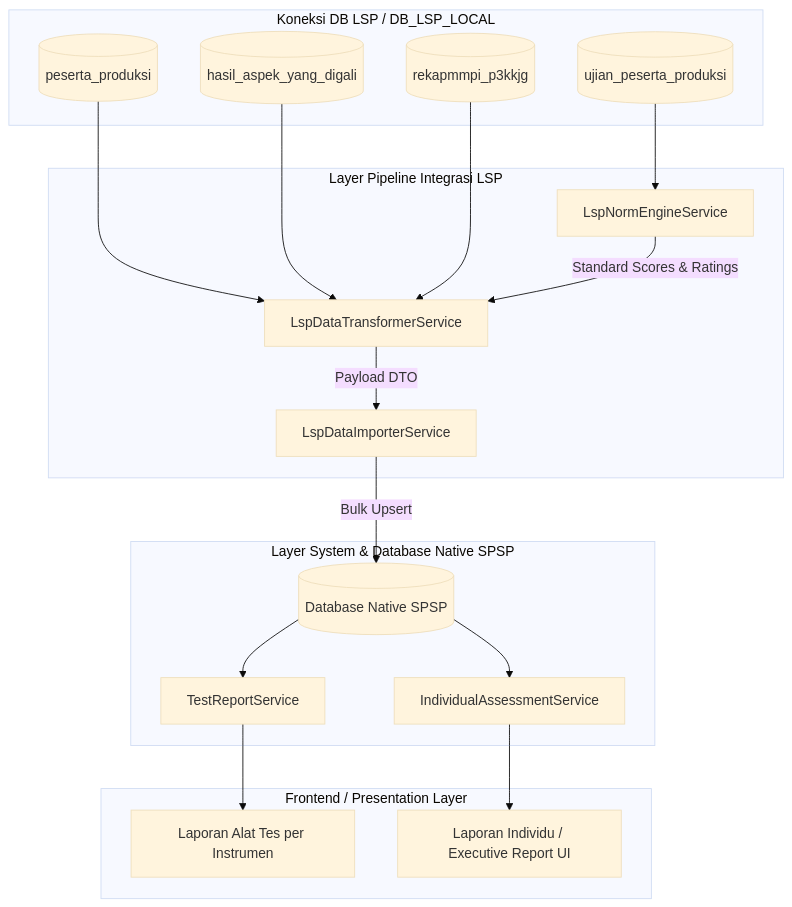
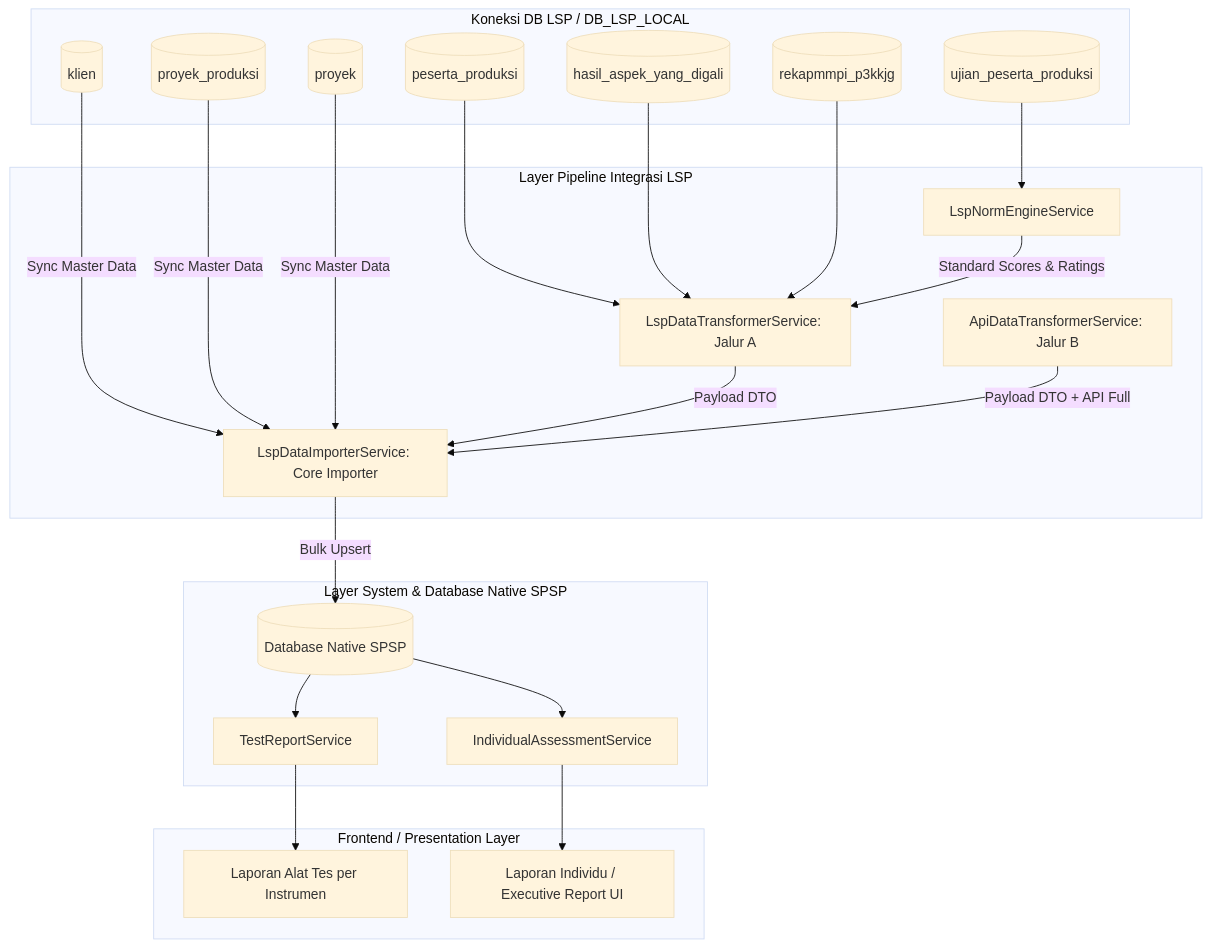
Before and after one commit to RnDQuantum/spsp_new: the diagram in docs/lsp_integration/SERVICES_ARCHITECTURE.md, drawn with Mermaid (base theme). The commit also changed other lines of this file and 2 other files, not shown here.

Commit message:
docs(lsp_integration): document Project model and master data syncing architecture
Update database structure documentation to include projects entity
and its relationships with institutions and assessment_events. Update
architecture diagrams to reflect master data synchronization from
LSP database tables (klien, proyek_produksi, proyek) and the
dual-path ingestion design with clear master data policy.

````diff
--- a/docs/lsp_integration/SERVICES_ARCHITECTURE.md
+++ b/docs/lsp_integration/SERVICES_ARCHITECTURE.md
@@ -19,37 +19,43 @@
 ```mermaid
 flowchart TD
     subgraph LSP_SOURCE [Koneksi DB LSP / DB_LSP_LOCAL]
-        DB1[(peserta_produksi)]
-        DB2[(ujian_peserta_produksi)]
-        DB3[(hasil_aspek_yang_digali)]
-        DB4[(rekapmmpi_p3kkjg)]
+        DB0[(klien)]
+        DB1[(proyek_produksi)]
+        DB2[(proyek)]
+        DB3[(peserta_produksi)]
+        DB4[(ujian_peserta_produksi)]
+        DB5[(hasil_aspek_yang_digali)]
+        DB6[(rekapmmpi_p3kkjg)]
     end
 
     subgraph LSP_SERVICES [Layer Pipeline Integrasi LSP]
         S1[LspNormEngineService]
-        S2[LspDataTransformerService]
-        S3[LspDataImporterService]
+        S2[LspDataTransformerService: Jalur A]
+        S3[ApiDataTransformerService: Jalur B]
+        S4[LspDataImporterService: Core Importer]
     end
 
     subgraph SPSP_NATIVE [Layer System & Database Native SPSP]
         DB_SPSP[(Database Native SPSP)]
-        S4[TestReportService]
-        S5[IndividualAssessmentService]
+        S5[TestReportService]
+        S6[IndividualAssessmentService]
     end
 
     subgraph UI_LAYER [Frontend / Presentation Layer]
         UI1[Laporan Alat Tes per Instrumen]
         UI2[Laporan Individu / Executive Report UI]
     end
 
-    DB2 --> S1
-    DB1 & DB3 & DB4 --> S2
+    DB0 & DB1 & DB2 -->|Sync Master Data| S4
+    DB4 --> S1
+    DB3 & DB5 & DB6 --> S2
     S1 -->|Standard Scores & Ratings| S2
-    S2 -->|Payload DTO| S3
-    S3 -->|Bulk Upsert| DB_SPSP
+    S2 -->|Payload DTO| S4
+    S3 -->|Payload DTO + API Full| S4
+    S4 -->|Bulk Upsert| DB_SPSP
 
-    DB_SPSP --> S4
     DB_SPSP --> S5
-    S4 --> UI1
-    S5 --> UI2
+    DB_SPSP --> S6
+    S5 --> UI1
+    S6 --> UI2
 ```
````
